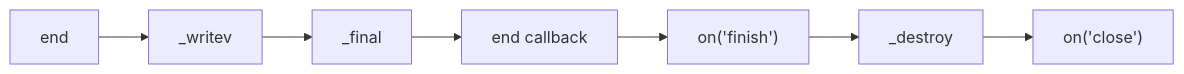
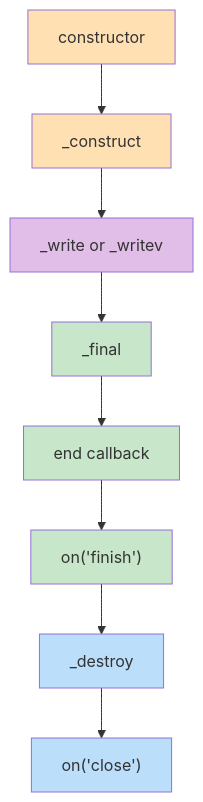
Before and after one commit to samuel871211/yusheng-tech-blog: the diagram in docs/nodejs/stream-writable-1.md, drawn with Mermaid. The commit also changed other lines of this file and 6 other files, not shown here.

````diff
--- a/docs/nodejs/stream-writable-1.md
+++ b/docs/nodejs/stream-writable-1.md
@@ -220,9 +333,19 @@
 ```mermaid
-flowchart LR
-    A[end] --> B[_writev]
-    B --> C[_final]
-    C --> D[end callback]
-    D --> E["on('finish')"]
-    E --> F[_destroy]
-    F --> G["on('close')"]
+flowchart TD
+    A["constructor"] --> B["_construct"]
+    B --> C["_write or _writev"]
+    C --> D["_final"]
+    D --> E["end callback"]
+    E --> F["on('finish')"]
+    F --> G["_destroy"]
+    G --> H["on('close')"]
+
+    style A fill:#FFE0B2
+    style B fill:#FFE0B2
+    style C fill:#E1BEE7
+    style D fill:#C8E6C9
+    style E fill:#C8E6C9
+    style F fill:#C8E6C9
+    style G fill:#BBDEFB
+    style H fill:#BBDEFB
 ```
````
